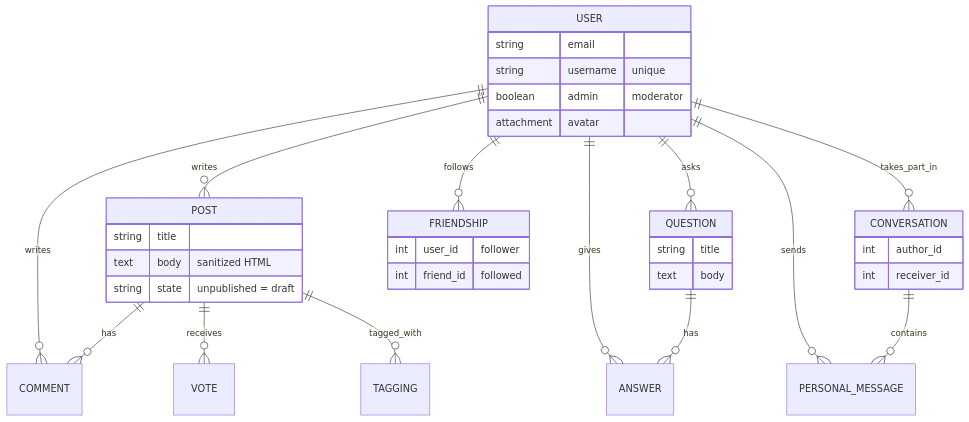
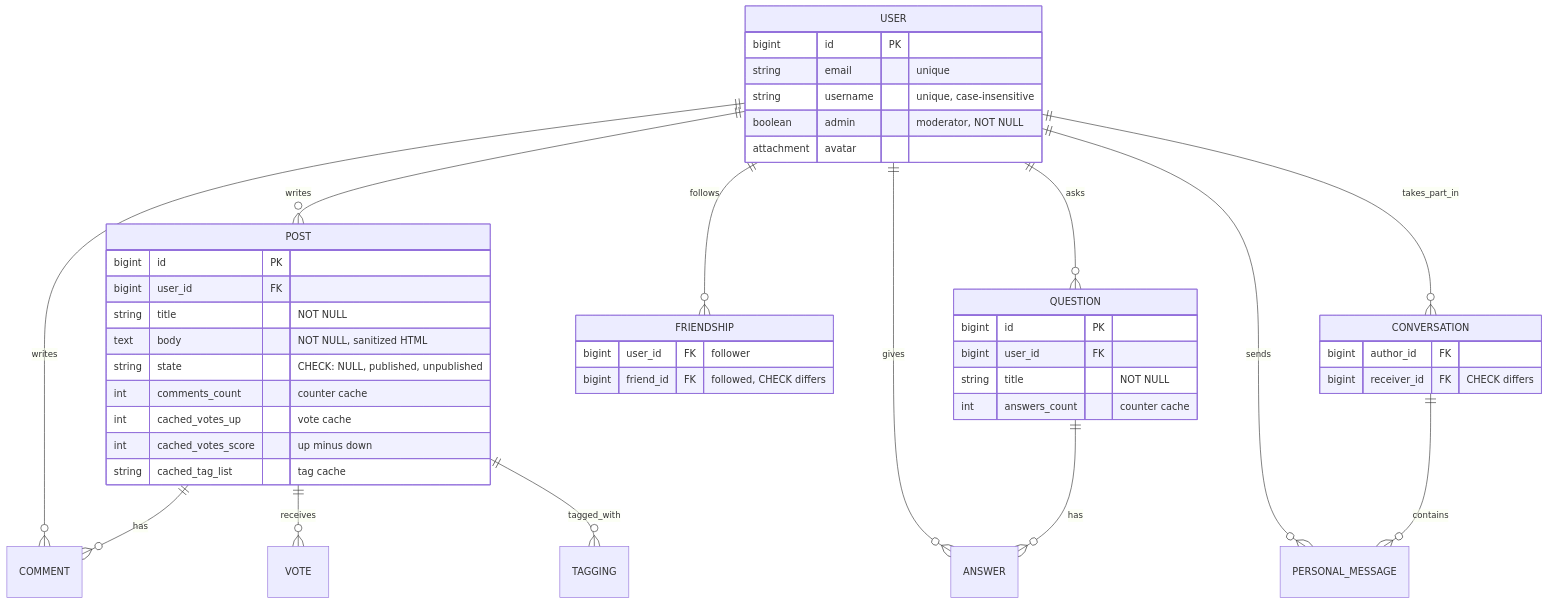
The third of 8 diagrams in README.md (cdrrazan/socialnetwork), drawn with Mermaid before and after one commit. The commit also changed other lines of this file, not shown here.

````diff
--- a/README.md
+++ b/README.md
@@ -170,39 +175,48 @@
 ```mermaid
 erDiagram
     USER ||--o{ POST : writes
     USER ||--o{ COMMENT : writes
     USER ||--o{ QUESTION : asks
     USER ||--o{ ANSWER : gives
     USER ||--o{ FRIENDSHIP : follows
     USER ||--o{ CONVERSATION : takes_part_in
     USER ||--o{ PERSONAL_MESSAGE : sends
     POST ||--o{ COMMENT : has
     POST ||--o{ VOTE : receives
     POST ||--o{ TAGGING : tagged_with
     QUESTION ||--o{ ANSWER : has
     CONVERSATION ||--o{ PERSONAL_MESSAGE : contains
 
     USER {
-        string email
-        string username "unique"
-        boolean admin "moderator"
+        bigint id PK
+        string email "unique"
+        string username "unique, case-insensitive"
+        boolean admin "moderator, NOT NULL"
         attachment avatar
     }
     POST {
-        string title
-        text body "sanitized HTML"
-        string state "unpublished = draft"
+        bigint id PK
+        bigint user_id FK
+        string title "NOT NULL"
+        text body "NOT NULL, sanitized HTML"
+        string state "CHECK: NULL, published, unpublished"
+        int comments_count "counter cache"
+        int cached_votes_up "vote cache"
+        int cached_votes_score "up minus down"
+        string cached_tag_list "tag cache"
     }
     QUESTION {
-        string title
-        text body
+        bigint id PK
+        bigint user_id FK
+        string title "NOT NULL"
+        int answers_count "counter cache"
     }
     FRIENDSHIP {
-        int user_id "follower"
-        int friend_id "followed"
+        bigint user_id FK "follower"
+        bigint friend_id FK "followed, CHECK differs"
     }
     CONVERSATION {
-        int author_id
-        int receiver_id
+        bigint author_id FK
+        bigint receiver_id FK "CHECK differs"
     }
 ```
````
